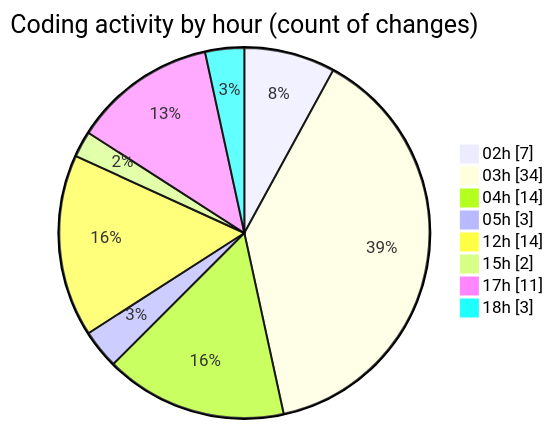
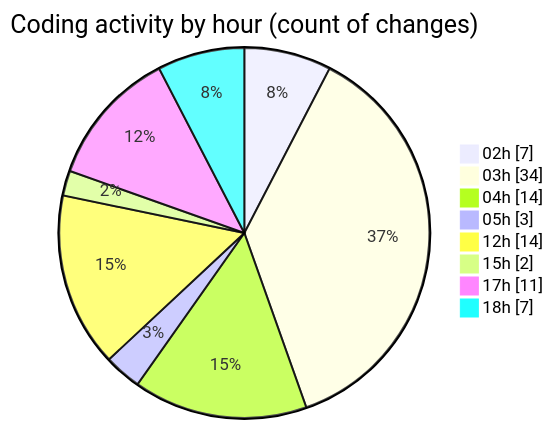
Before and after one commit to JenPaints/code-tracking: the second of 2 diagrams in 2025-05-29/kimberly-groups/README.md, drawn with Mermaid. The commit also changed other lines of this file and 1 other file, not shown here.

````diff
--- a/2025-05-29/kimberly-groups/README.md
+++ b/2025-05-29/kimberly-groups/README.md
@@ -38,12 +38,12 @@
 ```mermaid
 pie showData
 title Coding activity by hour (count of changes)
 "02h" : 7
 "03h" : 34
 "04h" : 14
 "05h" : 3
 "12h" : 14
 "15h" : 2
 "17h" : 11
-"18h" : 3
+"18h" : 7
 ```
````
